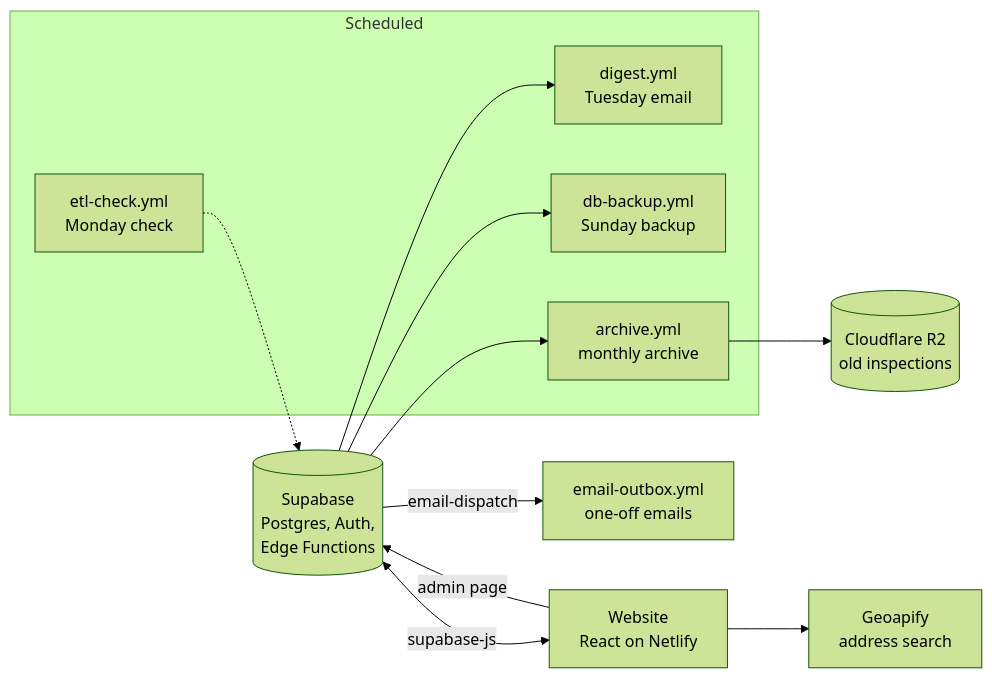
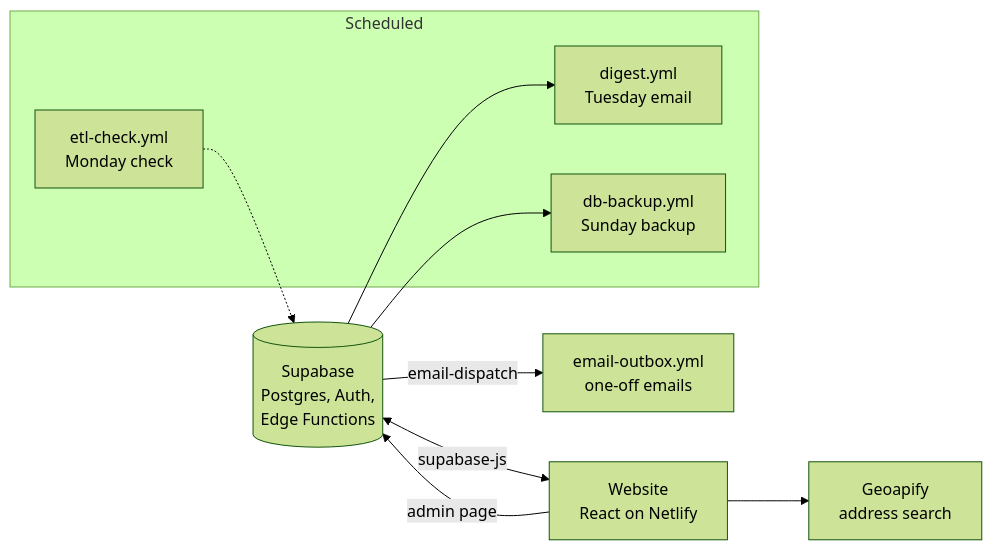
The second of 2 diagrams in README.md (AndyGutterman/Louisville-Health-Inspection-Map), drawn with Mermaid (forest theme) before and after one commit. The commit also changed other lines of this file and 6 other files, not shown here.

````diff
--- a/README.md
+++ b/README.md
@@ -62,25 +62,22 @@
 ```mermaid
 flowchart LR
   db[("Supabase<br/>Postgres, Auth,<br/>Edge Functions")]
   site["Website<br/>React on Netlify"]
   geo["Geoapify<br/>address search"]
 
   subgraph weekly["Scheduled"]
     digest["digest.yml<br/>Tuesday email"]
     backup["db-backup.yml<br/>Sunday backup"]
     check["etl-check.yml<br/>Monday check"]
-    archive["archive.yml<br/>monthly archive"]
   end
 
   outbox["email-outbox.yml<br/>one-off emails"]
-  r2[("Cloudflare R2<br/>old inspections")]
 
   db <-->|supabase-js| site
   site --> geo
   db --> digest
   db --> backup
   check -.-> db
-  db --> archive --> r2
   site -->|admin page| db
   db -->|email-dispatch| outbox
 ```
````
